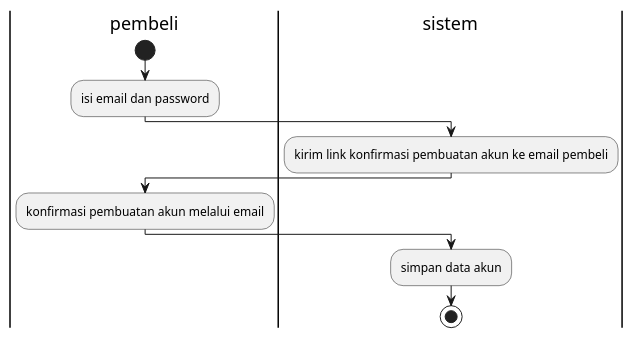
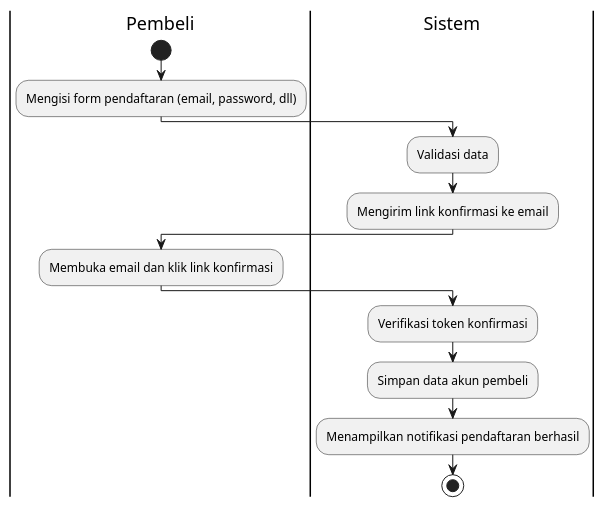
The diagram in signup_activity.puml (stnDinus/skpl-rkpl-diagrams), drawn with PlantUML before and after one commit. The commit also changed 33 other files, not shown here.

```diff
--- a/signup_activity.puml
+++ b/signup_activity.puml
@@ -1,17 +1,15 @@
 @startuml
-
-|pembeli|
+|Pembeli|
 start
-:isi email dan password;
-
-|sistem|
-:kirim link konfirmasi pembuatan akun ke email pembeli;
-
-|pembeli|
-:konfirmasi pembuatan akun melalui email;
-
-|sistem|
-:simpan data akun;
+:Mengisi form pendaftaran (email, password, dll);
+|Sistem|
+:Validasi data;
+:Mengirim link konfirmasi ke email;
+|Pembeli|
+:Membuka email dan klik link konfirmasi;
+|Sistem|
+:Verifikasi token konfirmasi;
+:Simpan data akun pembeli;
+:Menampilkan notifikasi pendaftaran berhasil;
 stop
-
 @enduml
```
